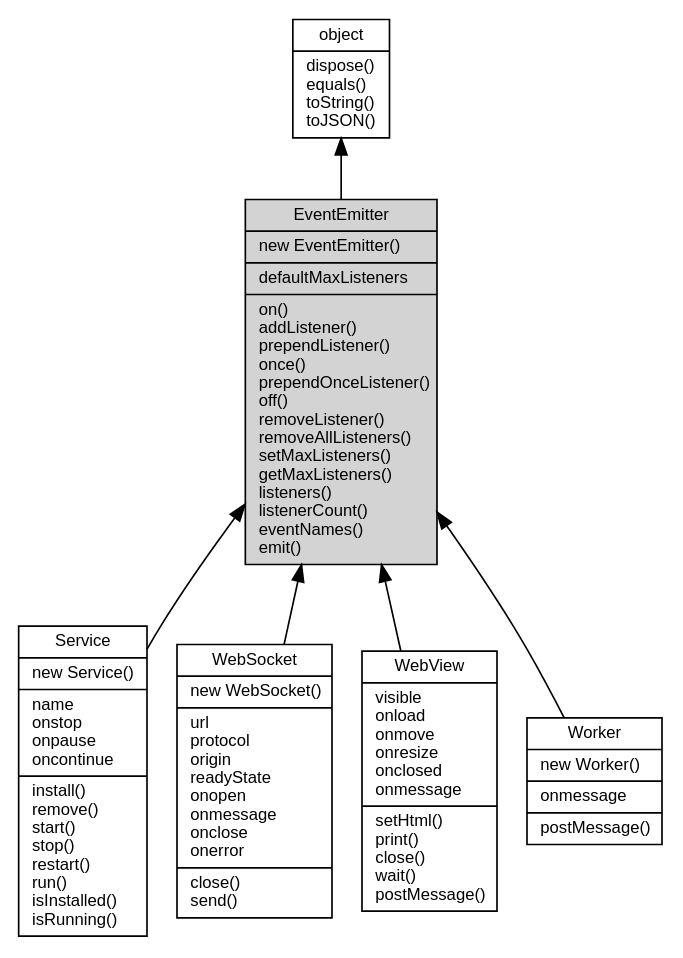
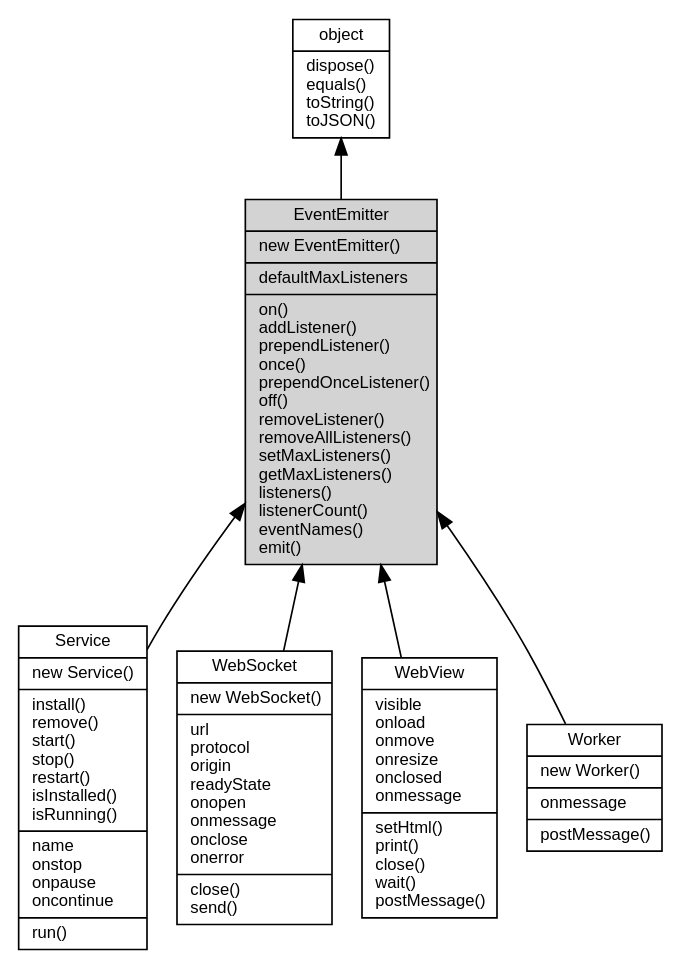
The diagram in docs/manual/object/ifs/EventEmitter.md (fibjs/fibjs.org), drawn with Graphviz before and after one commit. The commit also changed 12 other files, not shown here.

````diff
--- a/docs/manual/object/ifs/EventEmitter.md
+++ b/docs/manual/object/ifs/EventEmitter.md
@@ -13,18 +13,18 @@
 ```dot
 digraph {
     node [fontname="Helvetica,sans-Serif", fontsize=10, shape="record", style="filled", fillcolor="white"];
 
     object [tooltip="object", URL="object.md", label="{object|dispose()\lequals()\ltoString()\ltoJSON()\l}"];
     EventEmitter [tooltip="EventEmitter", fillcolor="lightgray", label="{EventEmitter|new EventEmitter()\l|defaultMaxListeners\l|on()\laddListener()\lprependListener()\lonce()\lprependOnceListener()\loff()\lremoveListener()\lremoveAllListeners()\lsetMaxListeners()\lgetMaxListeners()\llisteners()\llistenerCount()\leventNames()\lemit()\l}"];
-    Service [tooltip="Service", URL="Service.md", label="{Service|new Service()\l|name\lonstop\lonpause\loncontinue\l|install()\lremove()\lstart()\lstop()\lrestart()\lrun()\lisInstalled()\lisRunning()\l}"];
+    Service [tooltip="Service", URL="Service.md", label="{Service|new Service()\l|install()\lremove()\lstart()\lstop()\lrestart()\lisInstalled()\lisRunning()\l|name\lonstop\lonpause\loncontinue\l|run()\l}"];
     WebSocket [tooltip="WebSocket", URL="WebSocket.md", label="{WebSocket|new WebSocket()\l|url\lprotocol\lorigin\lreadyState\lonopen\lonmessage\lonclose\lonerror\l|close()\lsend()\l}"];
     WebView [tooltip="WebView", URL="WebView.md", label="{WebView|visible\lonload\lonmove\lonresize\lonclosed\lonmessage\l|setHtml()\lprint()\lclose()\lwait()\lpostMessage()\l}"];
     Worker [tooltip="Worker", URL="Worker.md", label="{Worker|new Worker()\l|onmessage\l|postMessage()\l}"];
 
     object -> EventEmitter [dir=back];
     EventEmitter -> Service [dir=back];
     EventEmitter -> WebSocket [dir=back];
     EventEmitter -> WebView [dir=back];
     EventEmitter -> Worker [dir=back];
 }
 ```
````
